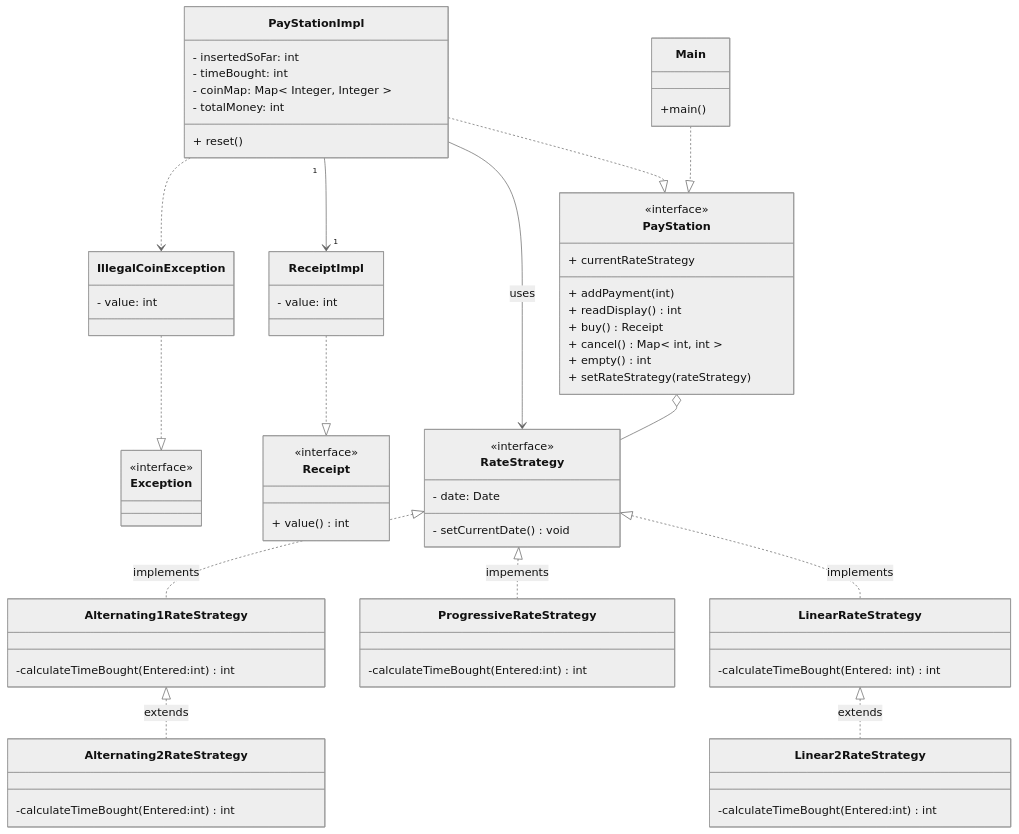
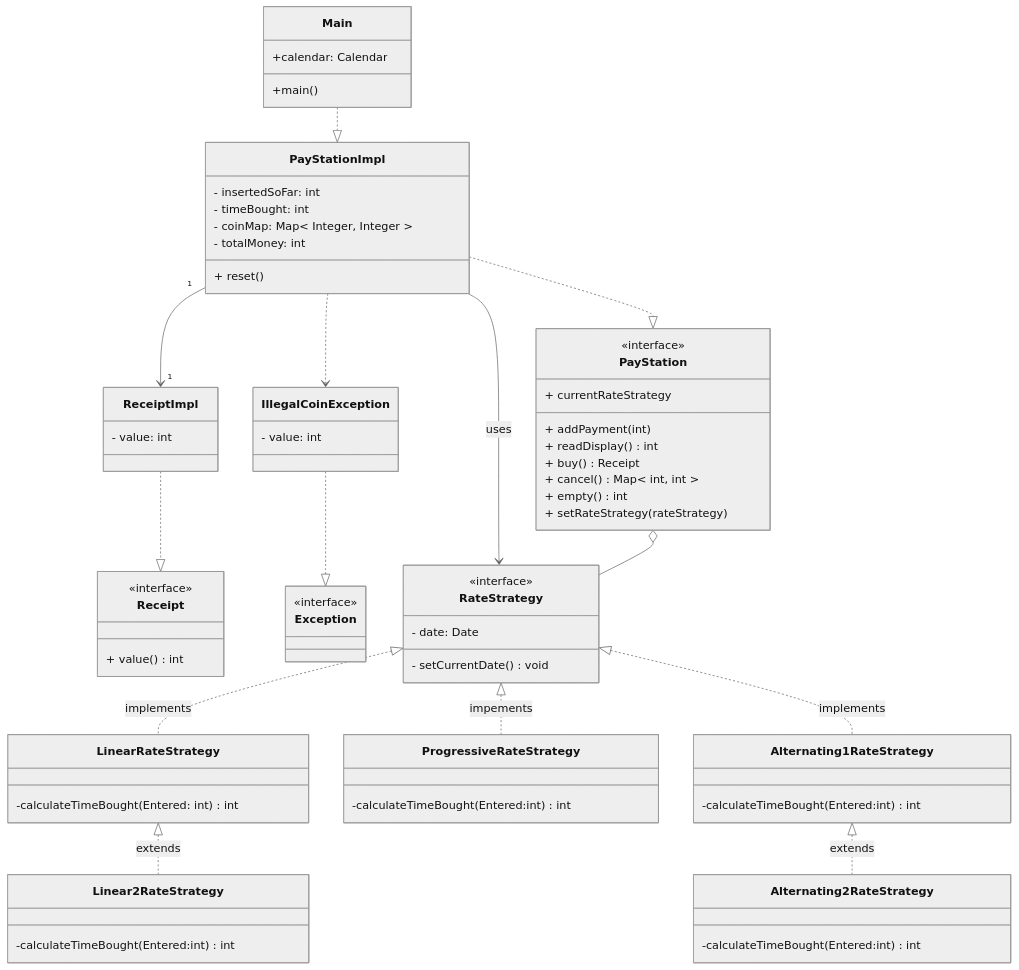
The diagram in README.md (sophiem18/city-game-thing), drawn with Mermaid (neutral theme) before and after one commit.

```diff
--- a/README.md
+++ b/README.md
@@ -72,11 +72,12 @@
     -calculateTimeBought(Entered:int) int
 }
 class Main{
+    +calendar: Calendar
     +main()
 }
 
 %% Define relationships
-Main ..|> PayStation
+Main ..|> PayStationImpl
 PayStationImpl ..|> PayStation
 PayStationImpl --> RateStrategy : uses
     RateStrategy <|.. LinearRateStrategy:implements
```
